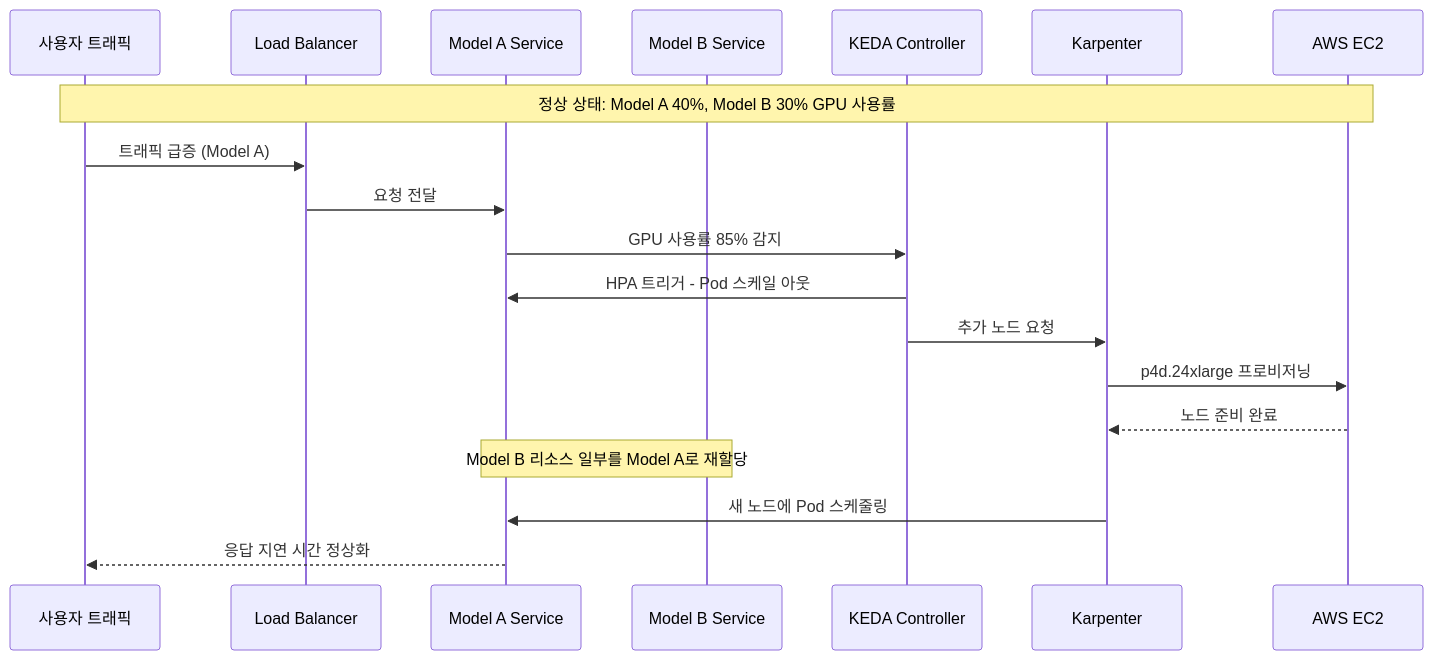
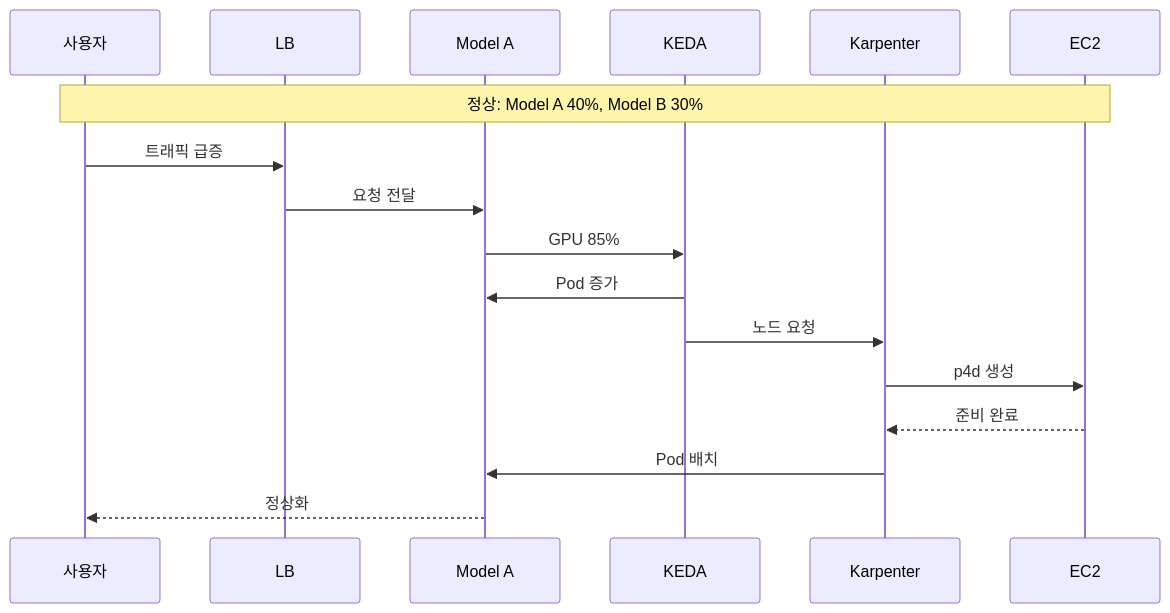
The third of 6 diagrams in docs/agentic-ai-platform/model-serving/gpu-resource-management.md (devfloor9/engineering-playbook), drawn with Mermaid before and after one commit. The commit also changed other lines of this file and 24 other files, not shown here.

````diff
--- a/docs/agentic-ai-platform/model-serving/gpu-resource-management.md
+++ b/docs/agentic-ai-platform/model-serving/gpu-resource-management.md
@@ -238,27 +245,24 @@
 ```mermaid
 sequenceDiagram
-    participant User as 사용자 트래픽
-    participant LB as Load Balancer
-    participant ModelA as Model A Service
-    participant ModelB as Model B Service
-    participant KEDA as KEDA Controller
-    participant Karpenter as Karpenter
-    participant AWS as AWS EC2
+    participant User as 사용자
+    participant LB as LB
+    participant ModelA as Model A
+    participant KEDA as KEDA
+    participant Karp as Karpenter
+    participant AWS as EC2
 
-    Note over User,AWS: 정상 상태: Model A 40%, Model B 30% GPU 사용률
-    
-    User->>LB: 트래픽 급증 (Model A)
+    Note over User,AWS: 정상: Model A 40%, Model B 30%
+
+    User->>LB: 트래픽 급증
     LB->>ModelA: 요청 전달
-    ModelA->>KEDA: GPU 사용률 85% 감지
-    
-    KEDA->>ModelA: HPA 트리거 - Pod 스케일 아웃
-    KEDA->>Karpenter: 추가 노드 요청
-    
-    Karpenter->>AWS: p4d.24xlarge 프로비저닝
-    AWS-->>Karpenter: 노드 준비 완료
-    
-    Note over ModelA,ModelB: Model B 리소스 일부를 Model A로 재할당
-    
-    Karpenter->>ModelA: 새 노드에 Pod 스케줄링
-    ModelA-->>User: 응답 지연 시간 정상화
+    ModelA->>KEDA: GPU 85%
+
+    KEDA->>ModelA: Pod 증가
+    KEDA->>Karp: 노드 요청
+
+    Karp->>AWS: p4d 생성
+    AWS-->>Karp: 준비 완료
+
+    Karp->>ModelA: Pod 배치
+    ModelA-->>User: 정상화
 ```
````
